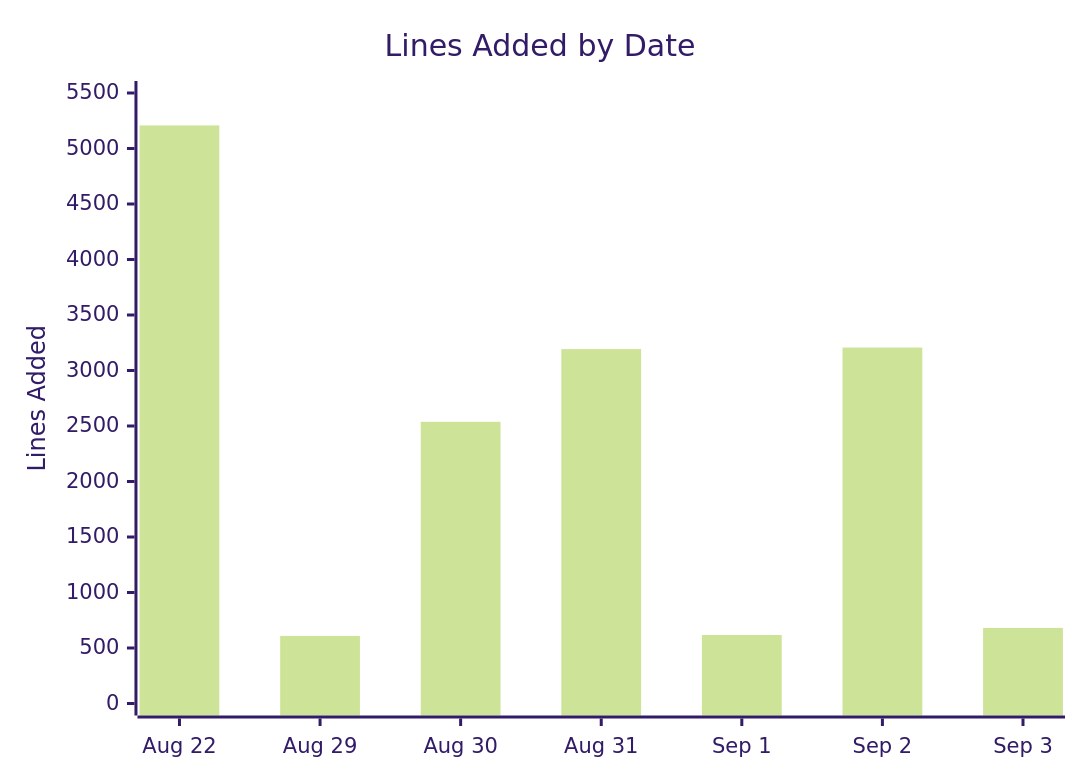
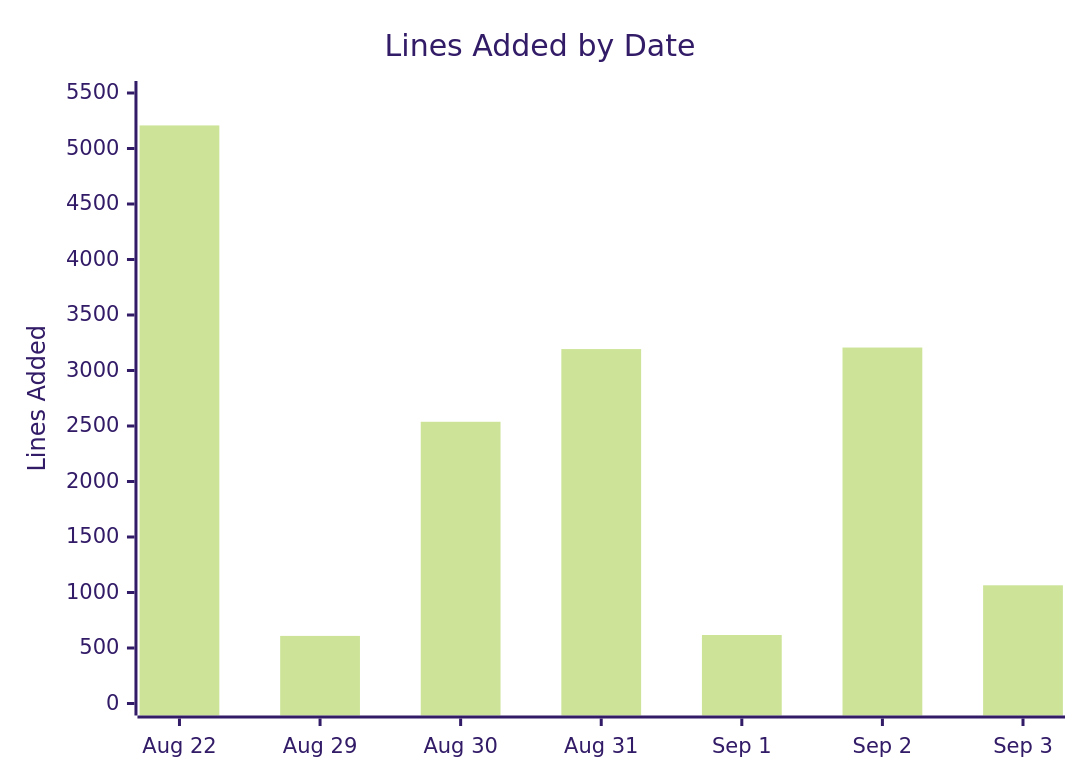
One commit to roger64s/CodeWithKris changed the second of 2 diagrams in docs/PROJECT_SUMMARY.md. Above: the diagram before and after it, drawn with Mermaid (forest theme). The commit also changed other lines of this file and 8 other files, not shown here.

````diff
--- a/docs/PROJECT_SUMMARY.md
+++ b/docs/PROJECT_SUMMARY.md
@@ -31,7 +31,7 @@
 ```mermaid
 xychart-beta
     title "Lines Added by Date"
     x-axis ["Aug 22", "Aug 29", "Aug 30", "Aug 31", "Sep 1", "Sep 2", "Sep 3"]
     y-axis "Lines Added" 0 --> 5500
-    bar [5208, 609, 2538, 3193, 617, 3207, 681]
+    bar [5208, 609, 2538, 3193, 617, 3207, 1065]
 ```
````
